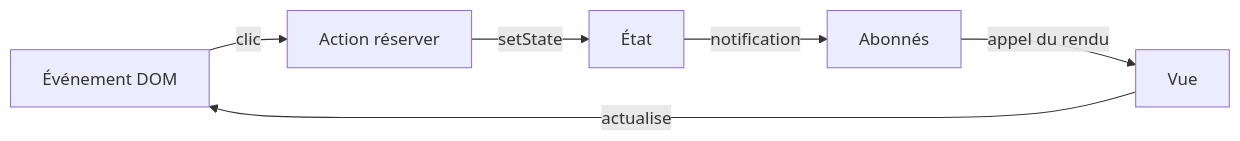
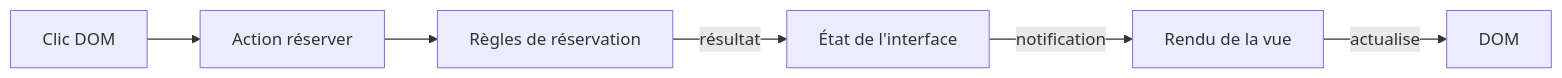
The diagram in src/cours/poo-patterns-frameworks/08-frameworks.md (theopaolo/dev-carnet), drawn with Mermaid before and after one commit. The commit also changed other lines of this file and 13 other files, not shown here.

````diff
--- a/src/cours/poo-patterns-frameworks/08-frameworks.md
+++ b/src/cours/poo-patterns-frameworks/08-frameworks.md
@@ -18,10 +31,10 @@
 ```mermaid
 flowchart LR
-  accTitle: Cycle d'une action utilisateur
-  accDescr: Un événement DOM appelle une action qui met à jour l'état. Les abonnés reçoivent le nouvel état et le rendu actualise le DOM.
-  DOM[Événement DOM] -->|clic| Action[Action réserver]
-  Action -->|setState| Etat[État]
-  Etat -->|notification| Abonnes[Abonnés]
-  Abonnes -->|appel du rendu| Vue[Vue]
-  Vue -->|actualise| DOM
+  accTitle: Du clic au nouvel affichage
+  accDescr: Le clic déclenche une action. Le métier accepte ou refuse la réservation. Le résultat met à jour l'état, qui notifie les abonnés et déclenche le rendu dans le DOM.
+  Clic[Clic DOM] --> Action[Action réserver]
+  Action --> Metier[Règles de réservation]
+  Metier -->|résultat| Etat[État de l'interface]
+  Etat -->|notification| Vue[Rendu de la vue]
+  Vue -->|actualise| DOM[DOM]
 ```
````
